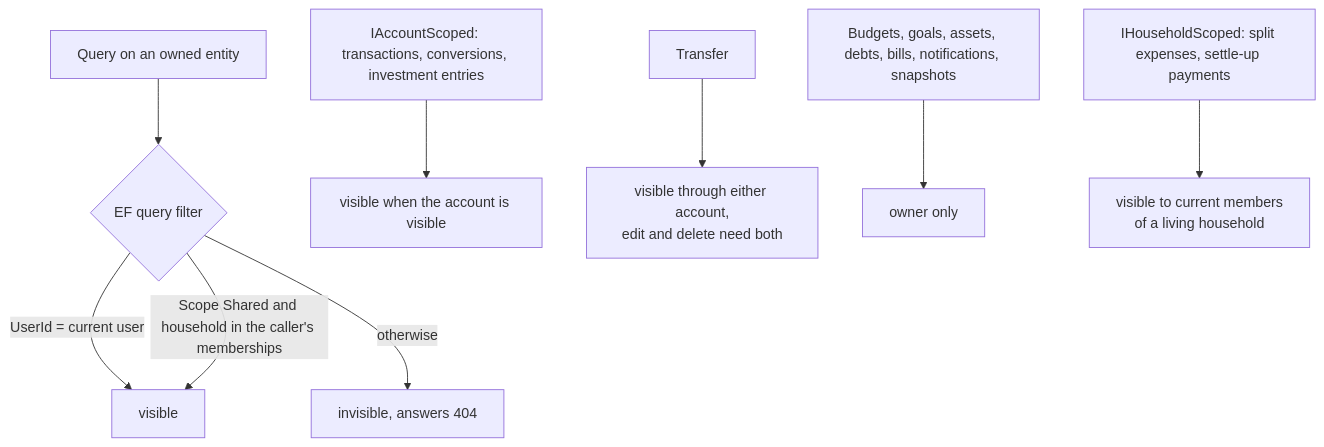
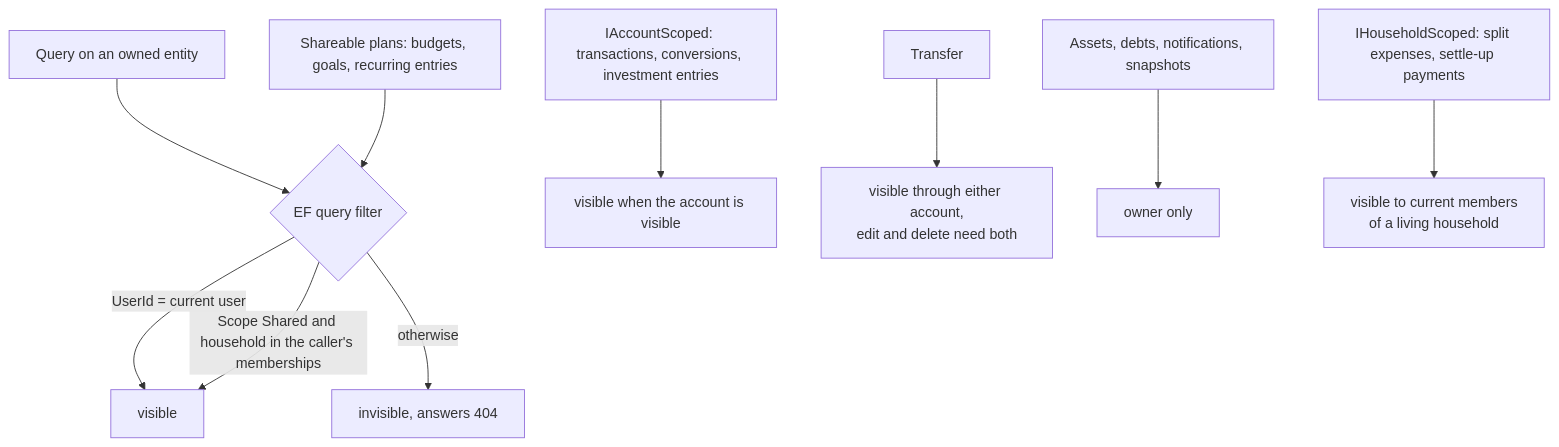
One commit to Justxs/Jx-Finance changed the first of 4 diagrams in docs/features/households-and-sharing.md. Above: the diagram before and after it, drawn with Mermaid. The commit also changed other lines of this file and 87 other files, not shown here.

Commit message:
feat(households): share budgets, goals and recurring entries

````diff
--- a/docs/features/households-and-sharing.md
+++ b/docs/features/households-and-sharing.md
@@ -9,11 +9,12 @@
 ```mermaid
 flowchart TD
     Q["Query on an owned entity"] --> Filter{"EF query filter"}
     Filter -->|"UserId = current user"| See["visible"]
     Filter -->|"Scope Shared and household in the caller's memberships"| See
     Filter -->|"otherwise"| Hidden["invisible, answers 404"]
     Scoped["IAccountScoped: transactions, conversions, investment entries"] --> ViaAcc["visible when the account is visible"]
     Transfer["Transfer"] --> Either["visible through either account,<br/>edit and delete need both"]
-    Personal["Budgets, goals, assets, debts, bills, notifications, snapshots"] --> OwnerOnly["owner only"]
+    Plans["Shareable plans: budgets, goals, recurring entries"] --> Filter
+    Personal["Assets, debts, notifications, snapshots"] --> OwnerOnly["owner only"]
     Household["IHouseholdScoped: split expenses, settle-up payments"] --> Members["visible to current members<br/>of a living household"]
 ```
````
